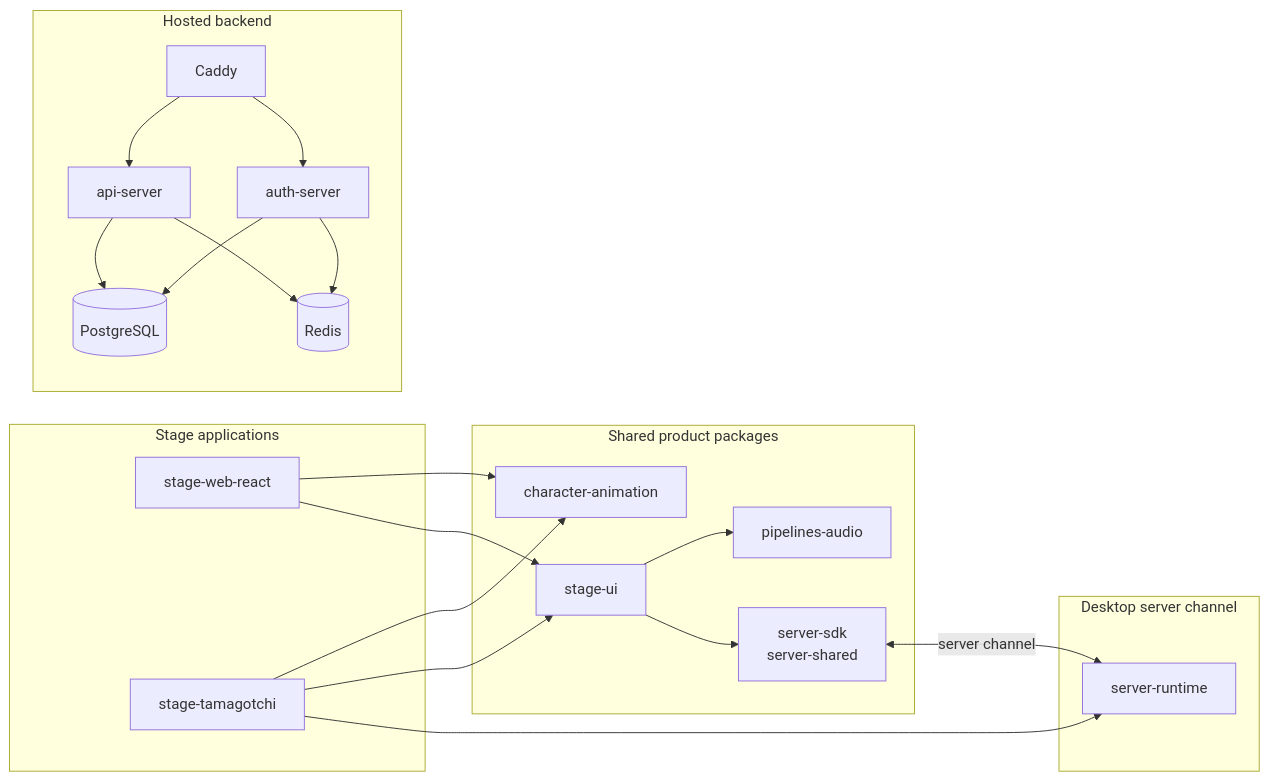
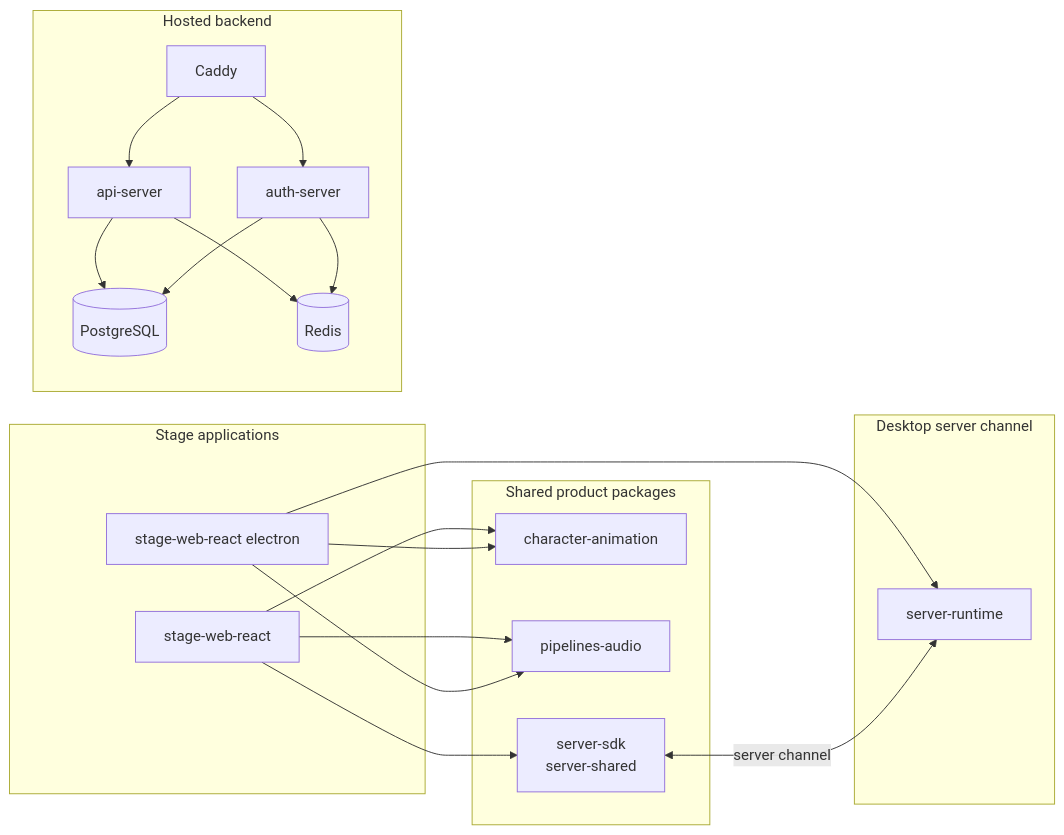
The diagram in README.md (kallen-noelle/AIPets), drawn with Mermaid before and after one commit. The commit also changed other lines of this file and 2490 other files, not shown here.

First line of the commit message:
feat(stage-web-react): drop Vue apps, rebrand to aipets, add Windows installer

````diff
--- a/README.md
+++ b/README.md
@@ -70,41 +69,39 @@
 ```mermaid
 flowchart LR
   subgraph Apps[Stage applications]
     Web[stage-web-react]
-    Desktop[stage-tamagotchi]
+    Desktop[stage-web-react electron]
   end
 
   subgraph Shared[Shared product packages]
     Animation[character-animation]
-    StageUI[stage-ui]
     Audio[pipelines-audio]
     SDK[server-sdk\nserver-shared]
   end
 
   subgraph Channel[Desktop server channel]
     Runtime[server-runtime]
   end
 
   subgraph Hosted[Hosted backend]
     Edge[Caddy]
     API[api-server]
     Auth[auth-server]
     Database[(PostgreSQL)]
     Cache[(Redis)]
   end
 
   Web --> Animation
-  Web --> StageUI
+  Web --> Audio
   Desktop --> Animation
-  Desktop --> StageUI
-  StageUI --> Audio
-  StageUI --> SDK
+  Desktop --> Audio
+  Web --> SDK
   Desktop --> Runtime
   SDK <-->|server channel| Runtime
   Edge --> API
   Edge --> Auth
   API --> Database
   API --> Cache
   Auth --> Database
   Auth --> Cache
 ```
````
